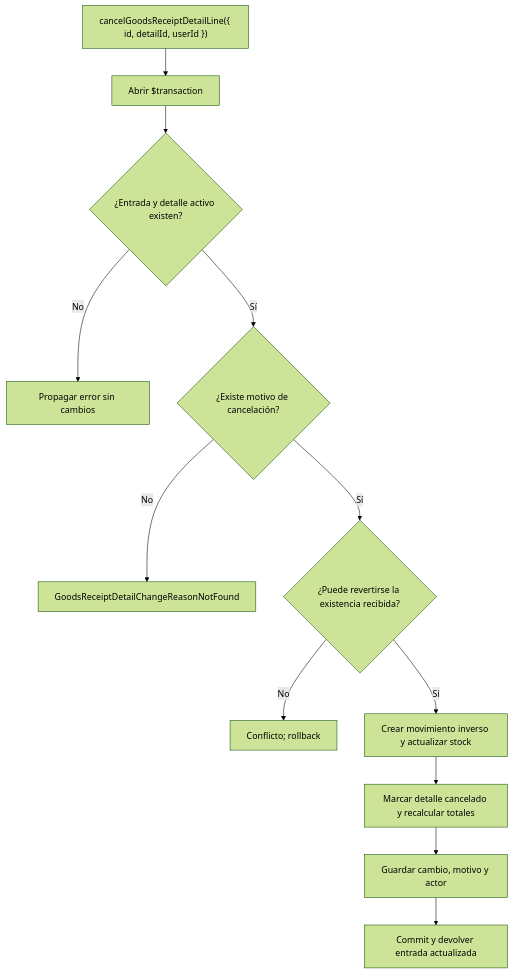
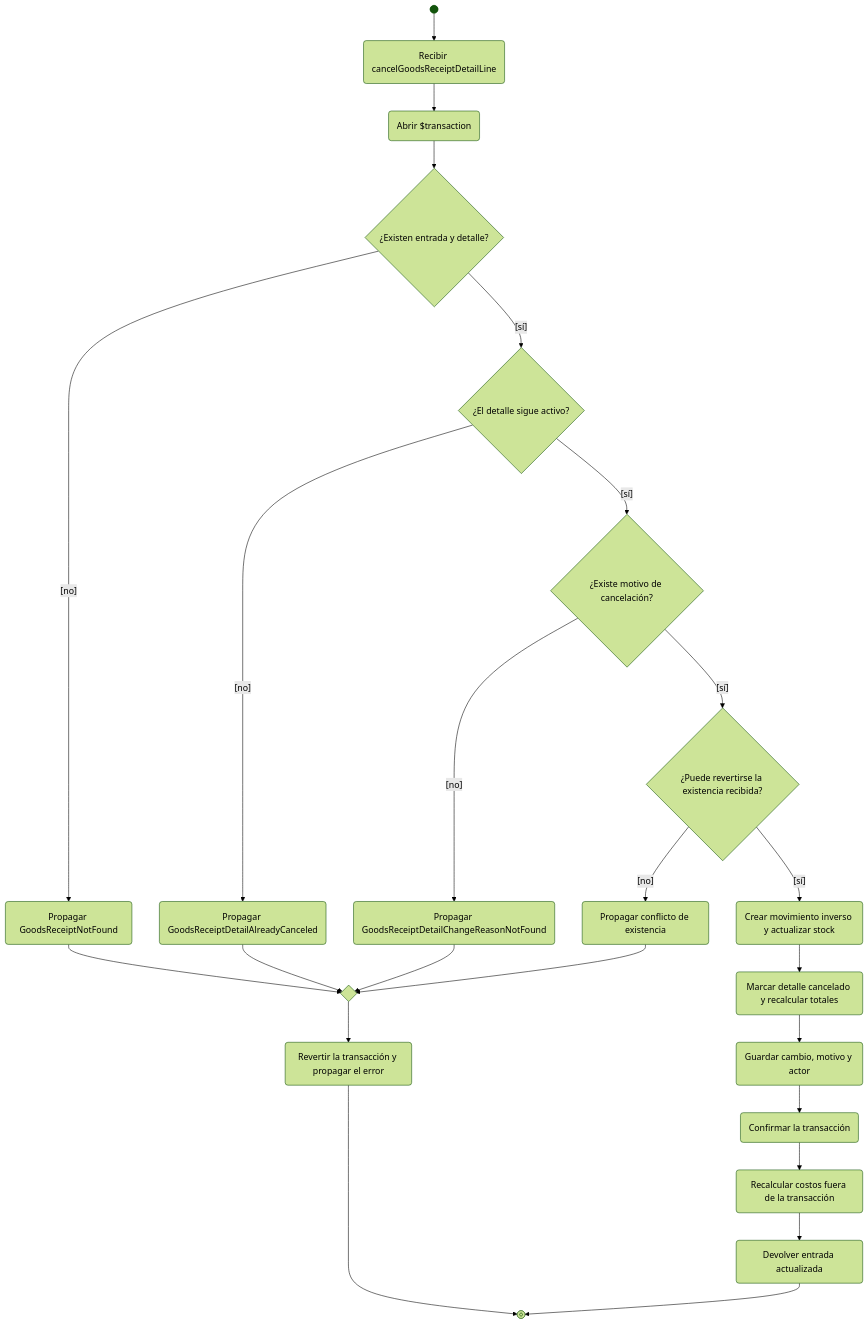
The third of 7 diagrams in docs/architecture/views/development/backend-technical-documentation/02-views-technical-applied.md (gpgsistemas01/nexus), drawn with Mermaid (forest theme) before and after one commit. The commit also changed other lines of this file and 20 other files, not shown here.

Commit message:
docs: corregir relaciones ER y notación UML de diagramas

````diff
--- a/docs/architecture/views/development/backend-technical-documentation/02-views-technical-applied.md
+++ b/docs/architecture/views/development/backend-technical-documentation/02-views-technical-applied.md
@@ -60,14 +63,26 @@
 ```mermaid
 flowchart TB
-    request["cancelGoodsReceiptDetailLine({ id, detailId, userId })"] --> transaction["Abrir $transaction"]
-    transaction --> find{"¿Entrada y detalle activo existen?"}
-    find -->|No| notFound["Propagar error sin cambios"]
-    find -->|Sí| reason{"¿Existe motivo de cancelación?"}
-    reason -->|No| reasonError["GoodsReceiptDetailChangeReasonNotFound"]
-    reason -->|Sí| reverse{"¿Puede revertirse la existencia recibida?"}
-    reverse -->|No| stockError["Conflicto; rollback"]
-    reverse -->|Sí| movement["Crear movimiento inverso y actualizar stock"]
-    movement --> cancel["Marcar detalle cancelado y recalcular totales"]
-    cancel --> history["Guardar cambio, motivo y actor"]
-    history --> commit["Commit y devolver entrada actualizada"]
+    initial@{ shape: f-circ } --> request("Recibir cancelGoodsReceiptDetailLine")
+    request --> transaction("Abrir $transaction")
+    transaction --> find{"¿Existen entrada y detalle?"}
+    find -->|"[no]"| notFound("Propagar GoodsReceiptNotFound")
+    find -->|"[sí]"| active{"¿El detalle sigue activo?"}
+    active -->|"[no]"| alreadyCanceled("Propagar GoodsReceiptDetailAlreadyCanceled")
+    active -->|"[sí]"| reason{"¿Existe motivo de cancelación?"}
+    reason -->|"[no]"| reasonError("Propagar GoodsReceiptDetailChangeReasonNotFound")
+    reason -->|"[sí]"| reverse{"¿Puede revertirse la existencia recibida?"}
+    reverse -->|"[no]"| stockError("Propagar conflicto de existencia")
+    reverse -->|"[sí]"| movement("Crear movimiento inverso y actualizar stock")
+    movement --> cancel("Marcar detalle cancelado y recalcular totales")
+    cancel --> history("Guardar cambio, motivo y actor")
+    history --> commit("Confirmar la transacción")
+    commit --> costs("Recalcular costos fuera de la transacción")
+    costs --> result("Devolver entrada actualizada")
+    result --> final@{ shape: fr-circ }
+    notFound --> rejected{" "}
+    alreadyCanceled --> rejected
+    reasonError --> rejected
+    stockError --> rejected
+    rejected --> rollback("Revertir la transacción y propagar el error")
+    rollback --> final
 ```
````
